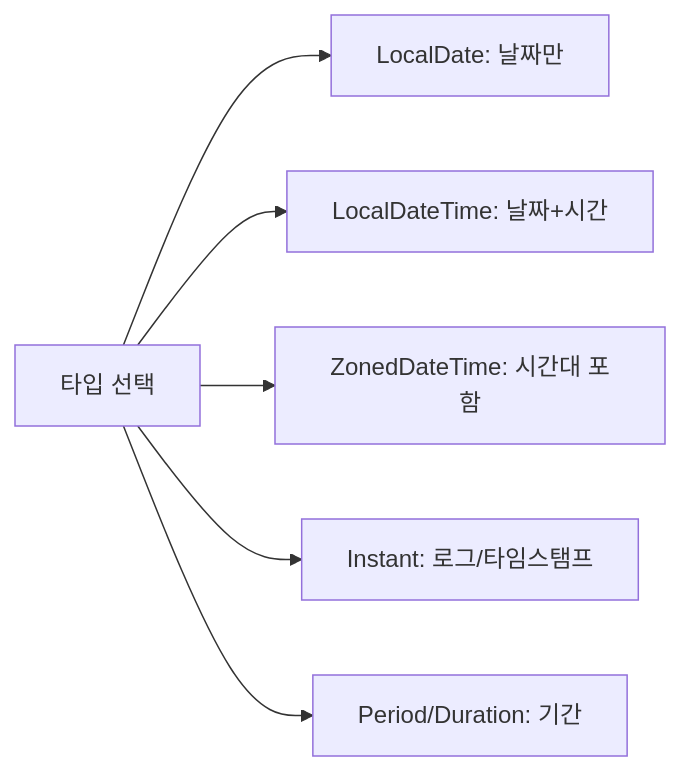
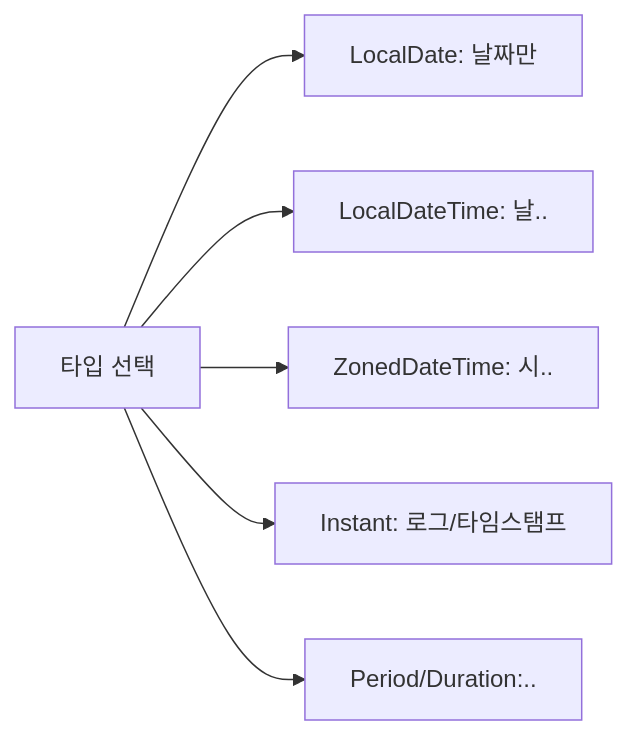
The fifth of 5 diagrams in _posts/java/2026-05-01-java-datetime.md (yjkim2015/yjkim2015.github.io), drawn with Mermaid before and after one commit. The commit also changed other lines of this file and 149 other files, not shown here.

First line of the commit message:
Mermaid 가독성 개선: 라벨 축약, 노드 축소, TD→LR 변환

````diff
--- a/_posts/java/2026-05-01-java-datetime.md
+++ b/_posts/java/2026-05-01-java-datetime.md
@@ -684,8 +684,8 @@
 ```mermaid
 graph LR
     A["타입 선택"] --> B["LocalDate: 날짜만"]
-    A --> C["LocalDateTime: 날짜+시간"]
-    A --> D["ZonedDateTime: 시간대 포함"]
+    A --> C["LocalDateTime: 날.."]
+    A --> D["ZonedDateTime: 시.."]
     A --> E["Instant: 로그/타임스탬프"]
-    A --> F["Period/Duration: 기간"]
+    A --> F["Period/Duration:.."]
 ```
````
